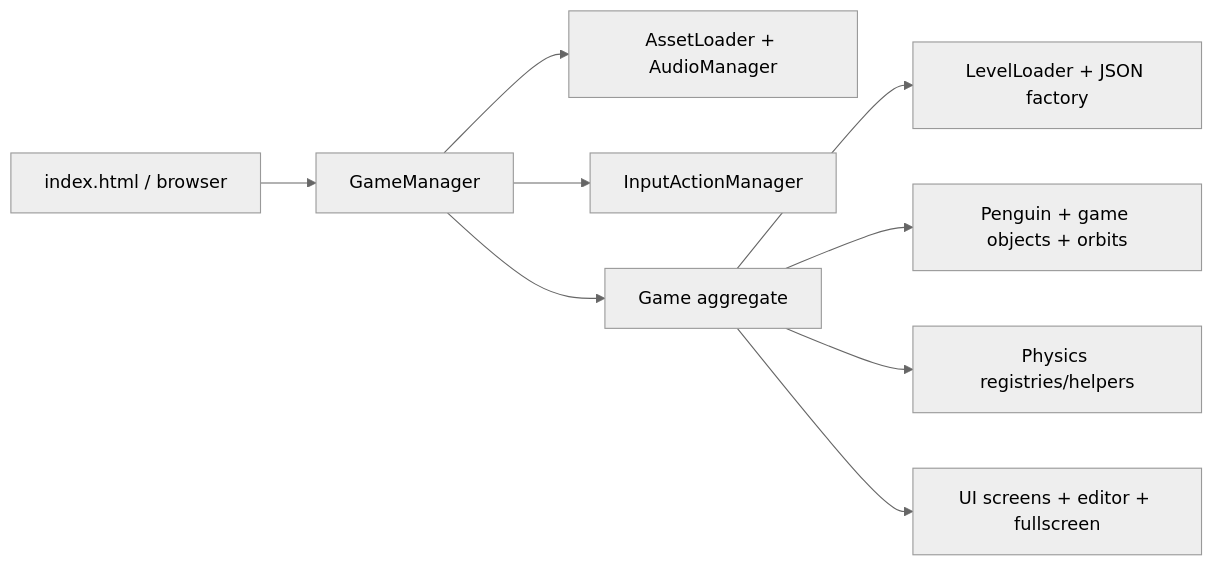
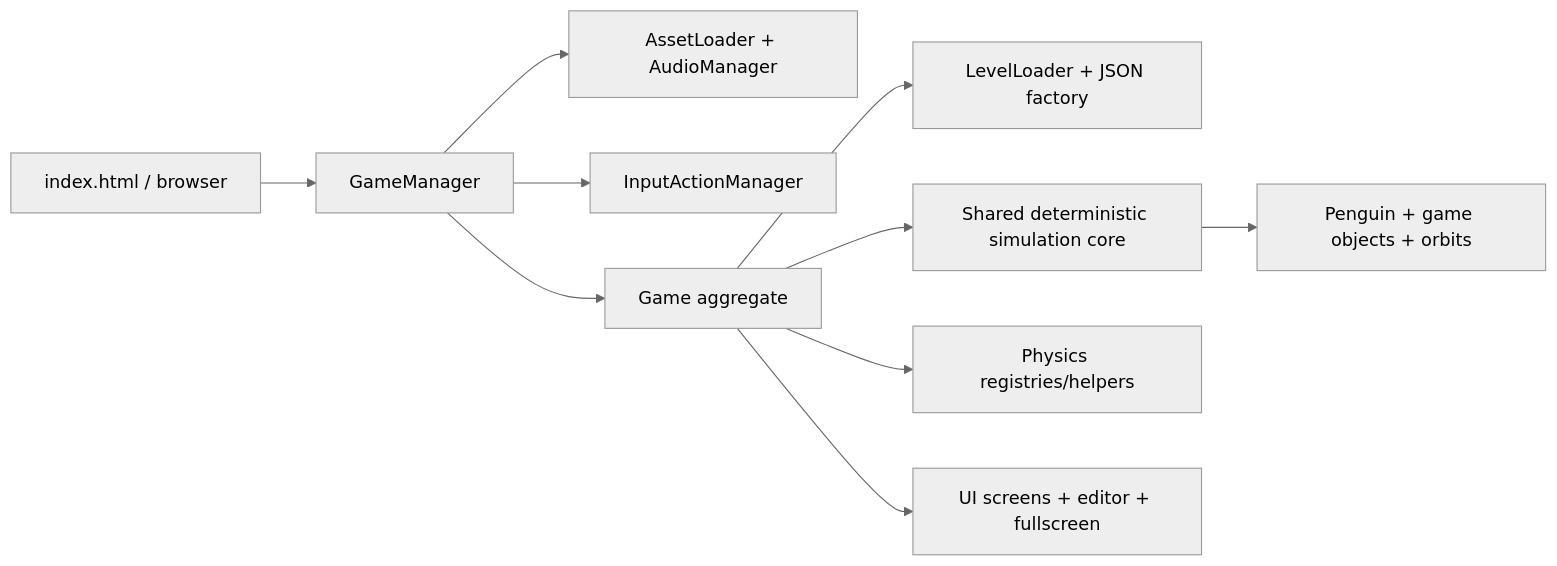
One commit to Newah1/SpacedPenguin changed the diagram in README.md. Above: the diagram before and after it, drawn with Mermaid (neutral theme). The commit also changed other lines of this file and 19 other files, not shown here.

````diff
--- a/README.md
+++ b/README.md
@@ -31,11 +31,12 @@
 ```mermaid
 flowchart LR
     Browser[index.html / browser] --> Main[GameManager]
     Main --> Assets[AssetLoader + AudioManager]
     Main --> Input[InputActionManager]
     Main --> Game[Game aggregate]
     Game --> Levels[LevelLoader + JSON factory]
-    Game --> World[Penguin + game objects + orbits]
+    Game --> Sim[Shared deterministic simulation core]
+    Sim --> World[Penguin + game objects + orbits]
     Game --> Physics[Physics registries/helpers]
     Game --> UI[UI screens + editor + fullscreen]
 ```
````
